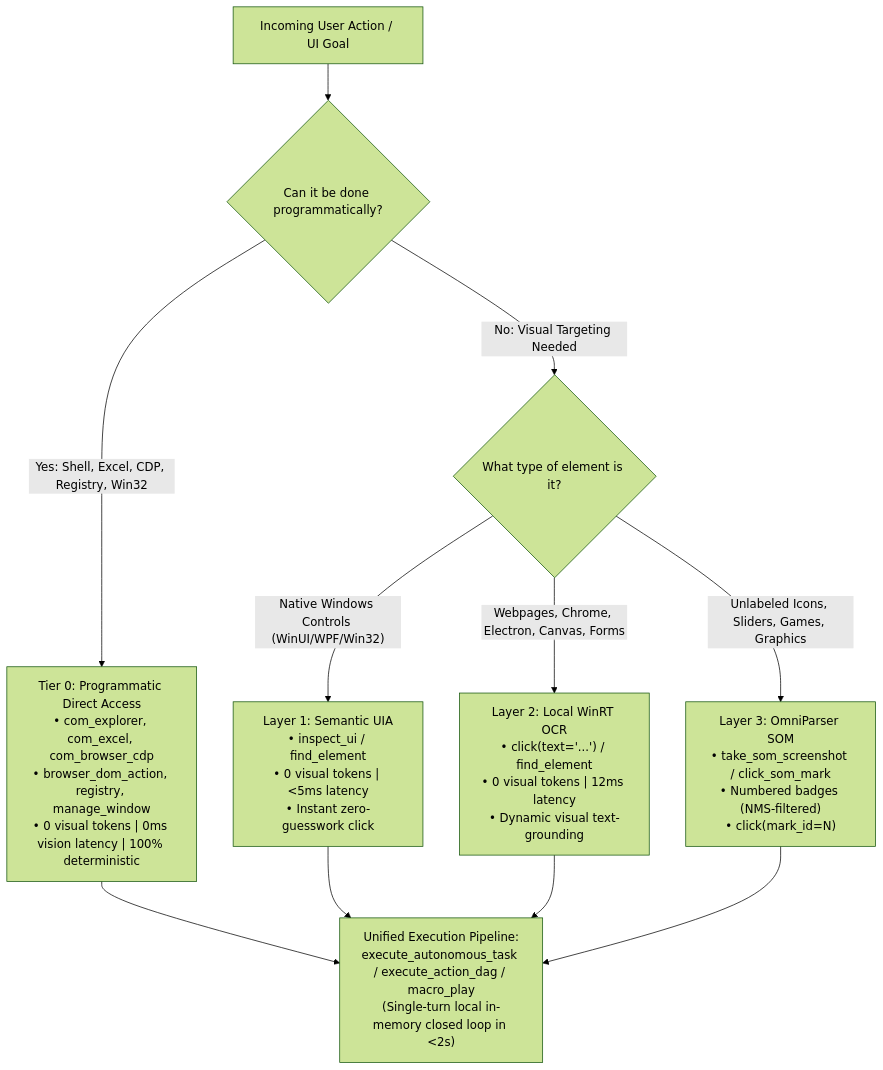
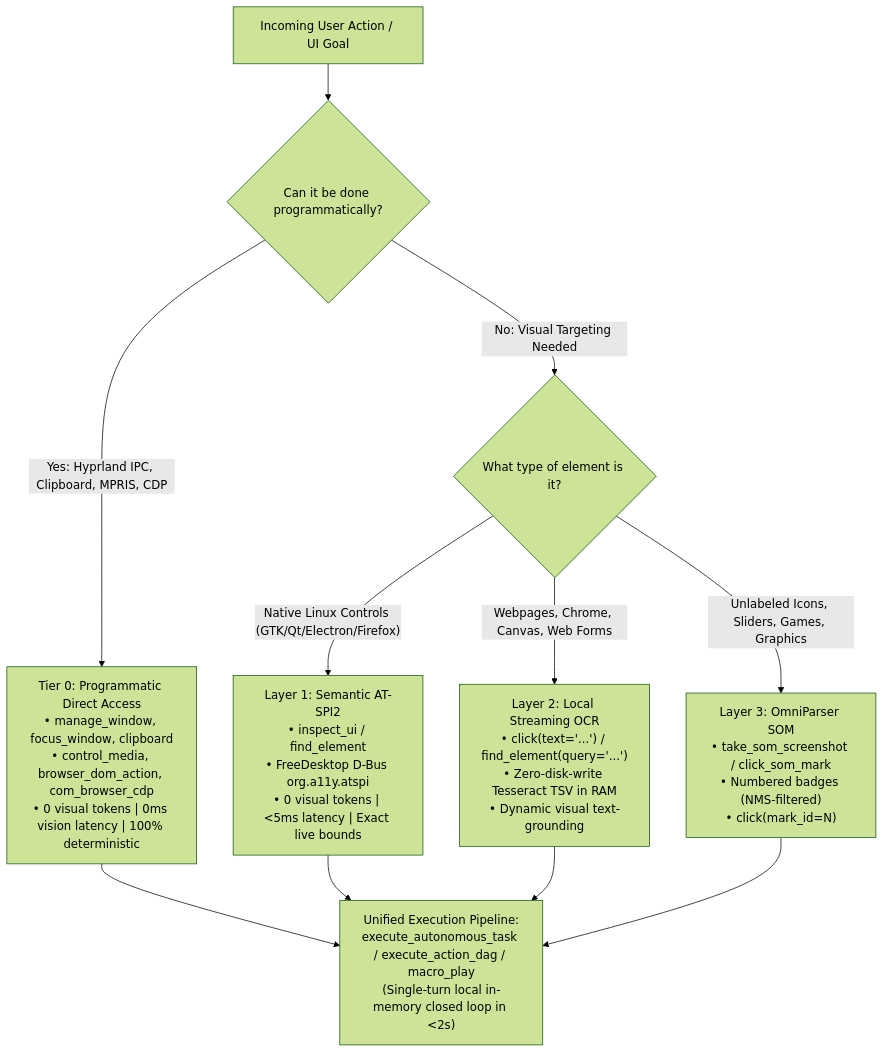
One commit to Arman4464/computer-control-aim-vr changed the diagram in SKILL.md. Above: the diagram before and after it, drawn with Mermaid (forest theme). The commit also changed other lines of this file and 11 other files, not shown here.

Commit message:
feat(linux): separate Linux branch as 100% Linux-only with zero Windows dependencies

````diff
--- a/SKILL.md
+++ b/SKILL.md
@@ -21,17 +21,17 @@
 ```mermaid
 flowchart TD
     Task["Incoming User Action / UI Goal"] --> Tier0Check{"Can it be done programmatically?"}
     
-    Tier0Check -->|"Yes: Shell, Excel, CDP, Registry, Win32"| T0["Tier 0: Programmatic Direct Access\n• com_explorer, com_excel, com_browser_cdp\n• browser_dom_action, registry, manage_window\n• 0 visual tokens | 0ms vision latency | 100% deterministic"]
+    Tier0Check -->|"Yes: Hyprland IPC, Clipboard, MPRIS, CDP"| T0["Tier 0: Programmatic Direct Access\n• manage_window, focus_window, clipboard\n• control_media, browser_dom_action, com_browser_cdp\n• 0 visual tokens | 0ms vision latency | 100% deterministic"]
     
     Tier0Check -->|"No: Visual Targeting Needed"| VisCheck{"What type of element is it?"}
     
-    VisCheck -->|"Native Windows Controls (WinUI/WPF/Win32)"| L1["Layer 1: Semantic UIA\n• inspect_ui / find_element\n• 0 visual tokens | <5ms latency\n• Instant zero-guesswork click"]
-    VisCheck -->|"Webpages, Chrome, Electron, Canvas, Forms"| L2["Layer 2: Local WinRT OCR\n• click(text='...') / find_element\n• 0 visual tokens | 12ms latency\n• Dynamic visual text-grounding"]
+    VisCheck -->|"Native Linux Controls (GTK/Qt/Electron/Firefox)"| L1["Layer 1: Semantic AT-SPI2\n• inspect_ui / find_element\n• FreeDesktop D-Bus org.a11y.atspi\n• 0 visual tokens | <5ms latency | Exact live bounds"]
+    VisCheck -->|"Webpages, Chrome, Canvas, Web Forms"| L2["Layer 2: Local Streaming OCR\n• click(text='...') / find_element(query='...')\n• Zero-disk-write Tesseract TSV in RAM\n• Dynamic visual text-grounding"]
     VisCheck -->|"Unlabeled Icons, Sliders, Games, Graphics"| L3["Layer 3: OmniParser SOM\n• take_som_screenshot / click_som_mark\n• Numbered badges (NMS-filtered)\n• click(mark_id=N)"]
 
     T0 --> Exec["Unified Execution Pipeline:\nexecute_autonomous_task / execute_action_dag / macro_play\n(Single-turn local in-memory closed loop in <2s)"]
     L1 --> Exec
     L2 --> Exec
     L3 --> Exec
 ```
````
